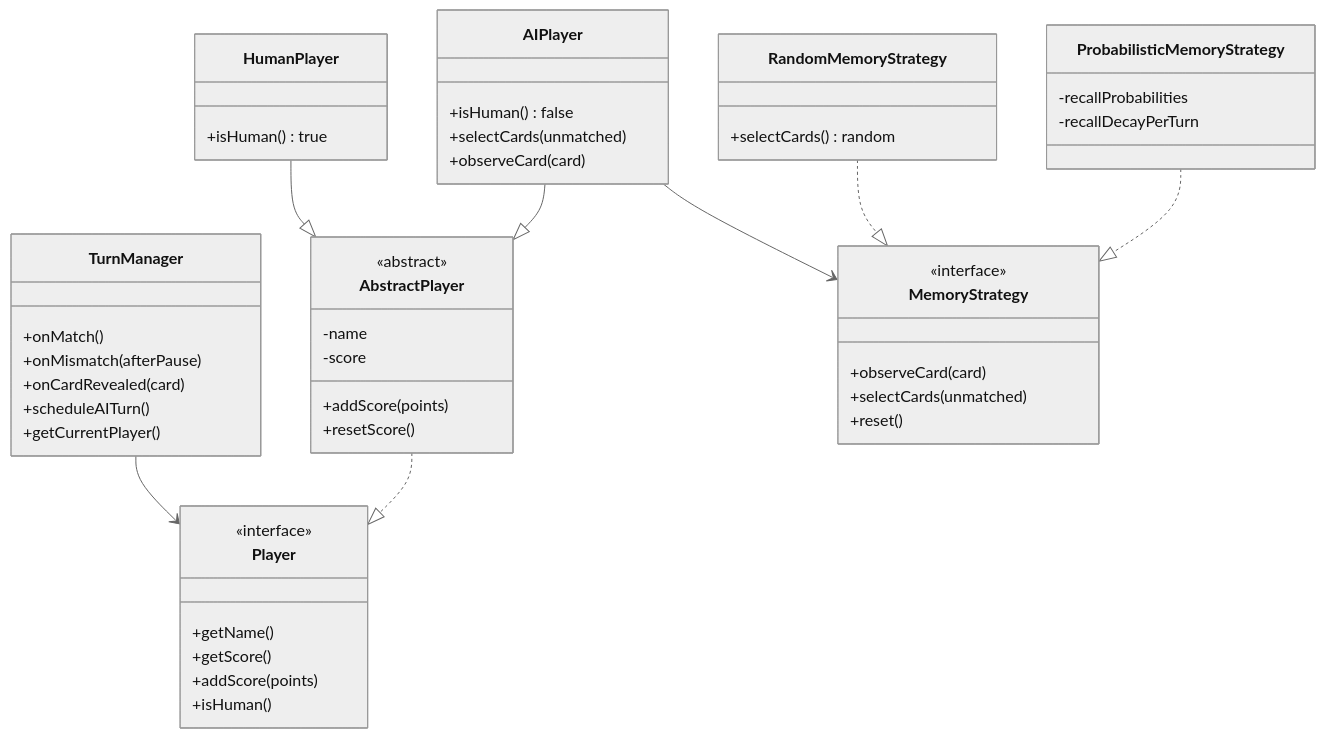
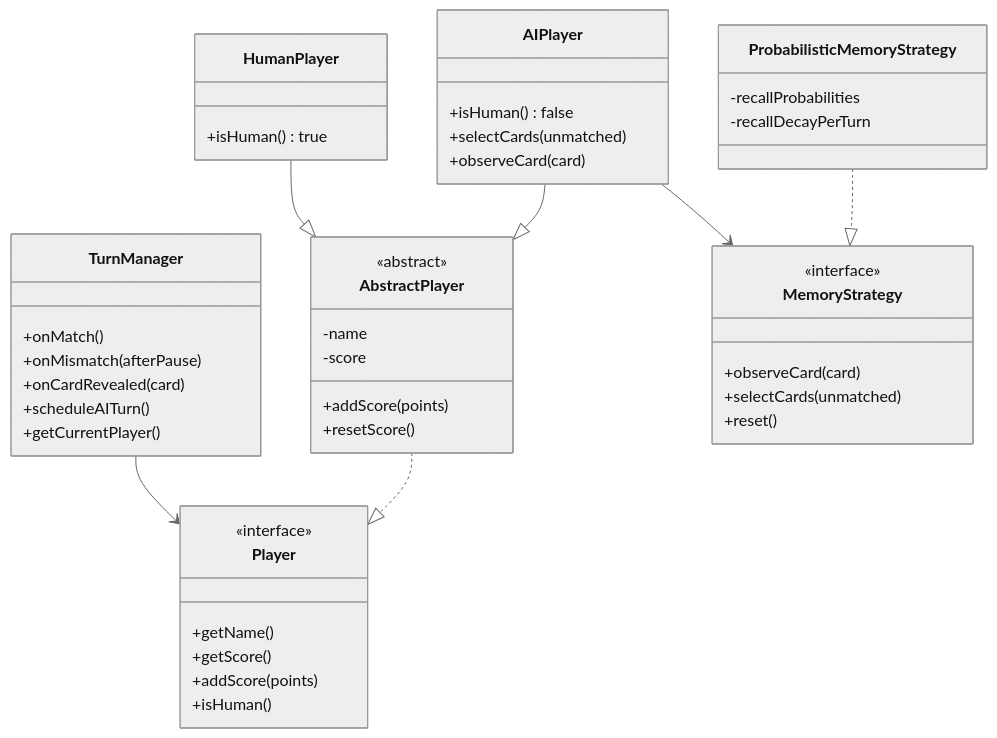
One commit to zombonline/LudumDare59 changed the diagram in README.md. Above: the diagram before and after it, drawn with Mermaid (neutral theme).

````diff
--- a/README.md
+++ b/README.md
@@ -1,60 +1,55 @@
 ```mermaid
 classDiagram
     class TurnManager {
         +onMatch()
         +onMismatch(afterPause)
         +onCardRevealed(card)
         +scheduleAITurn()
         +getCurrentPlayer()
     }
 
     class Player {
         <<interface>>
         +getName()
         +getScore()
         +addScore(points)
         +isHuman()
     }
 
     class AbstractPlayer {
         <<abstract>>
         -name
         -score
         +addScore(points)
         +resetScore()
     }
 
     class HumanPlayer {
         +isHuman() true
     }
 
     class AIPlayer {
         +isHuman() false
         +selectCards(unmatched)
         +observeCard(card)
     }
 
     class MemoryStrategy {
         <<interface>>
         +observeCard(card)
         +selectCards(unmatched)
         +reset()
     }
 
-    class RandomMemoryStrategy {
-        +selectCards() random
-    }
-
     class ProbabilisticMemoryStrategy {
         -recallProbabilities
         -recallDecayPerTurn
     }
 
     TurnManager --> Player
     AbstractPlayer ..|> Player
     HumanPlayer --|> AbstractPlayer
     AIPlayer --|> AbstractPlayer
     AIPlayer --> MemoryStrategy
-    RandomMemoryStrategy ..|> MemoryStrategy
     ProbabilisticMemoryStrategy ..|> MemoryStrategy
 ```
````
